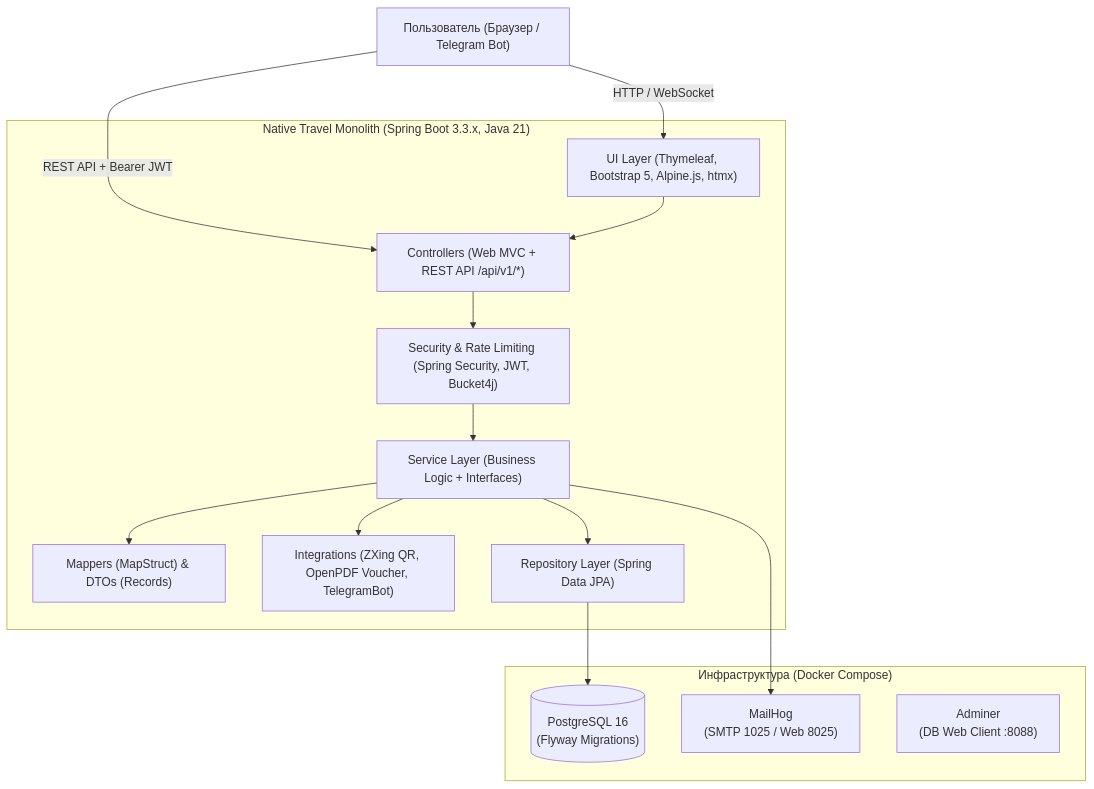
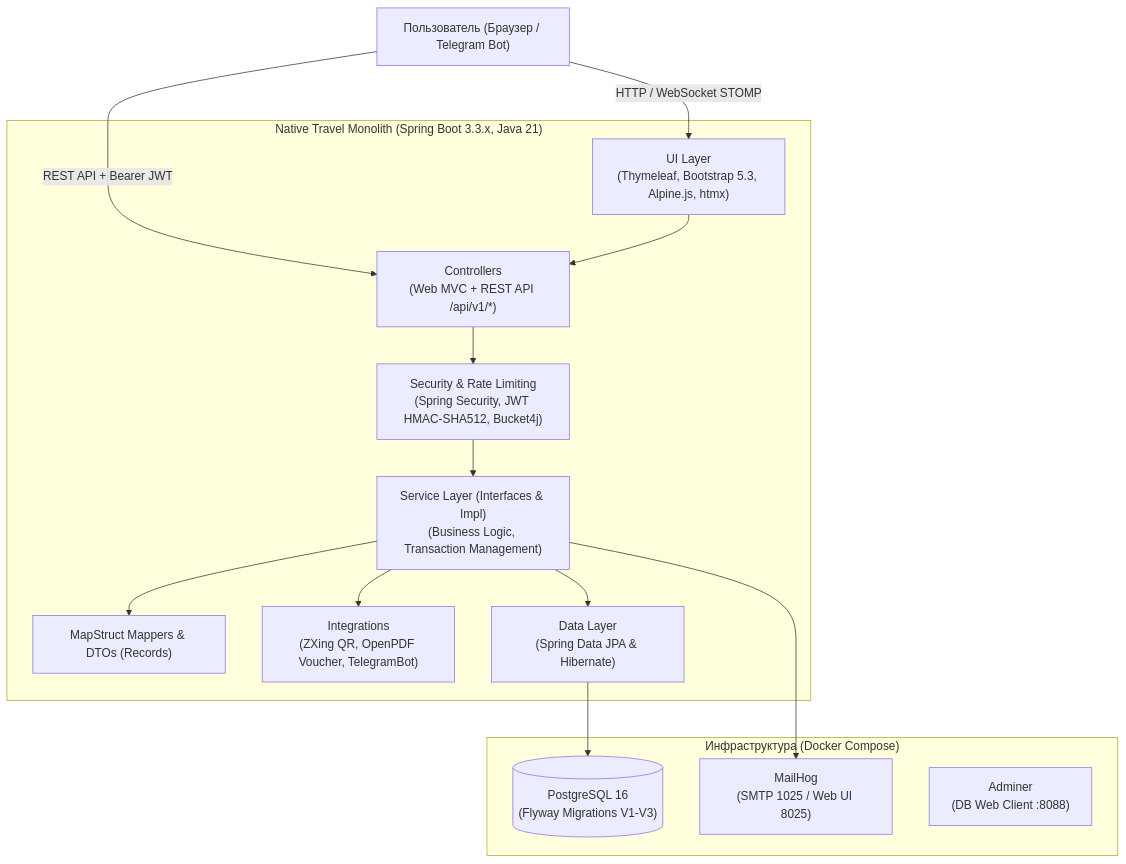
One commit to andersneoP1/Agency changed the diagram in README.md. Above: the diagram before and after it, drawn with Mermaid. The commit also changed other lines of this file and 7 other files, not shown here.

Commit message:
feat(quality): complete phase 7 with >=70% test coverage, comprehensive README, full OpenAPI, and green CI

````diff
--- a/README.md
+++ b/README.md
@@ -9,31 +16,31 @@
 ```mermaid
 flowchart TD
     Client["Пользователь (Браузер / Telegram Bot)"]
     
     subgraph App["Native Travel Monolith (Spring Boot 3.3.x, Java 21)"]
-        UI["UI Layer (Thymeleaf, Bootstrap 5, Alpine.js, htmx)"]
-        Security["Security & Rate Limiting (Spring Security, JWT, Bucket4j)"]
-        Controllers["Controllers (Web MVC + REST API /api/v1/*)"]
-        Services["Service Layer (Business Logic + Interfaces)"]
-        Mappers["Mappers (MapStruct) & DTOs (Records)"]
-        Integrations["Integrations (ZXing QR, OpenPDF Voucher, TelegramBot)"]
-        Repositories["Repository Layer (Spring Data JPA)"]
+        UI["UI Layer\n(Thymeleaf, Bootstrap 5.3, Alpine.js, htmx)"]
+        Security["Security & Rate Limiting\n(Spring Security, JWT HMAC-SHA512, Bucket4j)"]
+        Controllers["Controllers\n(Web MVC + REST API /api/v1/*)"]
+        Services["Service Layer (Interfaces & Impl)\n(Business Logic, Transaction Management)"]
+        Mappers["MapStruct Mappers & DTOs (Records)"]
+        Integrations["Integrations\n(ZXing QR, OpenPDF Voucher, TelegramBot)"]
+        Repositories["Data Layer\n(Spring Data JPA & Hibernate)"]
     end
     
     subgraph Infra["Инфраструктура (Docker Compose)"]
-        Postgres[("PostgreSQL 16\n(Flyway Migrations)")]
-        MailHog["MailHog\n(SMTP 1025 / Web 8025)"]
+        Postgres[("PostgreSQL 16\n(Flyway Migrations V1-V3)")]
+        MailHog["MailHog\n(SMTP 1025 / Web UI 8025)"]
         Adminer["Adminer\n(DB Web Client :8088)"]
     end
 
-    Client -->|HTTP / WebSocket| UI
+    Client -->|HTTP / WebSocket STOMP| UI
     Client -->|REST API + Bearer JWT| Controllers
     UI --> Controllers
     Controllers --> Security
     Security --> Services
     Services --> Mappers
     Services --> Integrations
     Services --> Repositories
     Repositories --> Postgres
     Services --> MailHog
 ```
````
